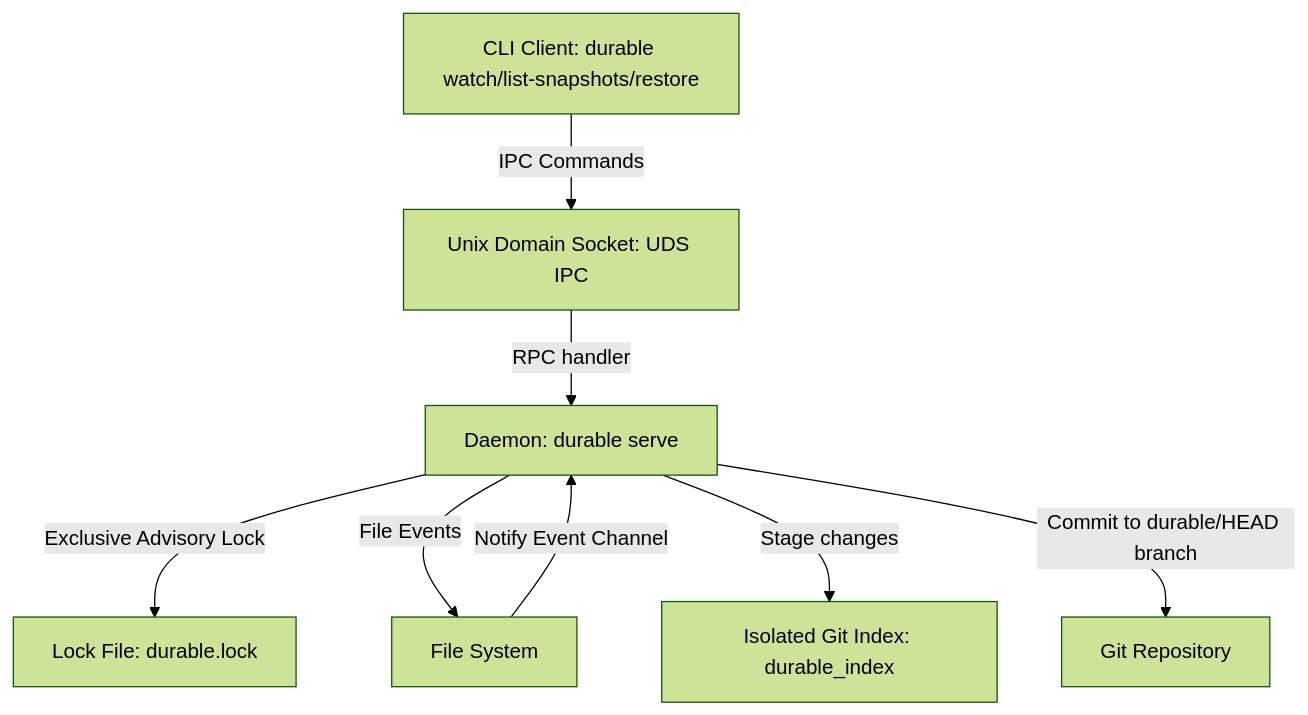
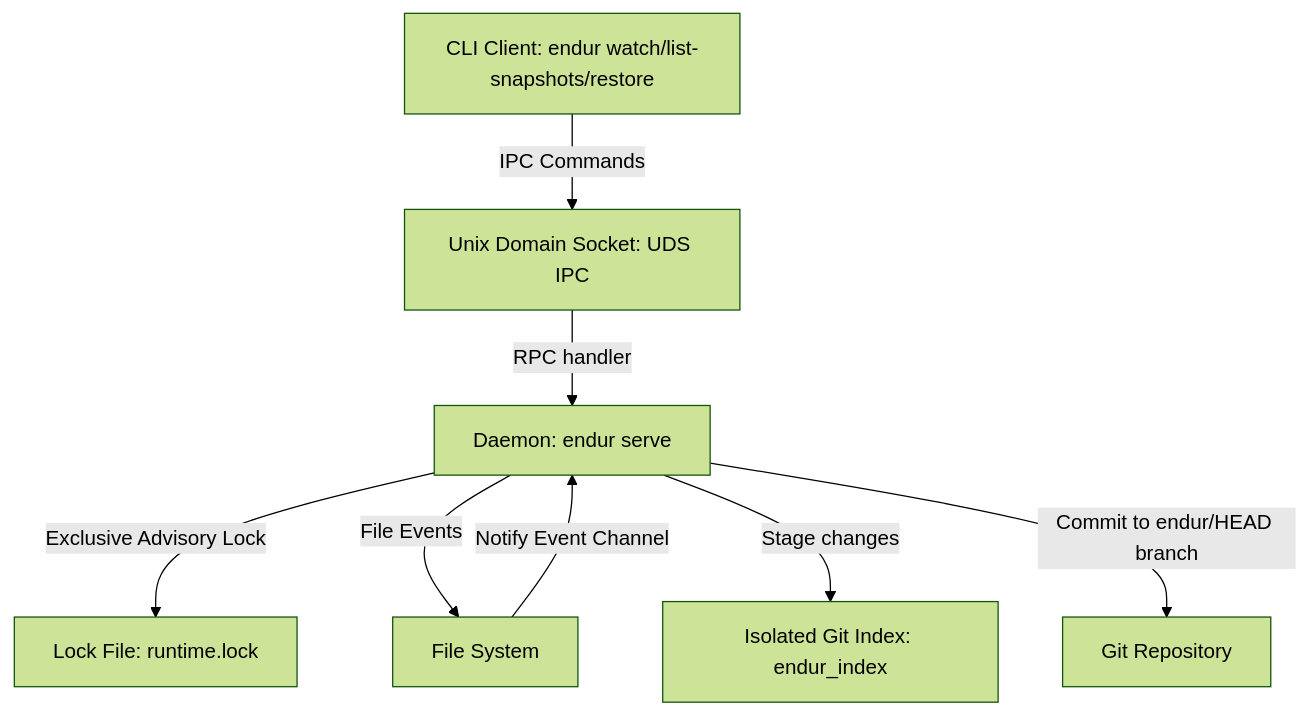
One commit to PJC-64/endur changed the diagram in docs/developer_guide.md. Above: the diagram before and after it, drawn with Mermaid (forest theme). The commit also changed other lines of this file and 25 other files, not shown here.

Commit message:
Rename project and codebase from durable to endur

````diff
--- a/docs/developer_guide.md
+++ b/docs/developer_guide.md
@@ -11,18 +11,18 @@
 ```mermaid
 graph TD
-    Client[CLI Client: durable watch/list-snapshots/restore]
-    Daemon[Daemon: durable serve]
-    LockFile[Lock File: durable.lock]
+    Client[CLI Client: endur watch/list-snapshots/restore]
+    Daemon[Daemon: endur serve]
+    LockFile[Lock File: runtime.lock]
     UDS[Unix Domain Socket: UDS IPC]
     FS[File System]
-    Index[Isolated Git Index: durable_index]
+    Index[Isolated Git Index: endur_index]
     Repo[Git Repository]
 
     Client -->|IPC Commands| UDS
     UDS -->|RPC handler| Daemon
     Daemon -->|Exclusive Advisory Lock| LockFile
     Daemon -->|File Events| FS
     FS -->|Notify Event Channel| Daemon
     Daemon -->|Stage changes| Index
-    Daemon -->|Commit to durable/HEAD branch| Repo
+    Daemon -->|Commit to endur/HEAD branch| Repo
 ```
````
